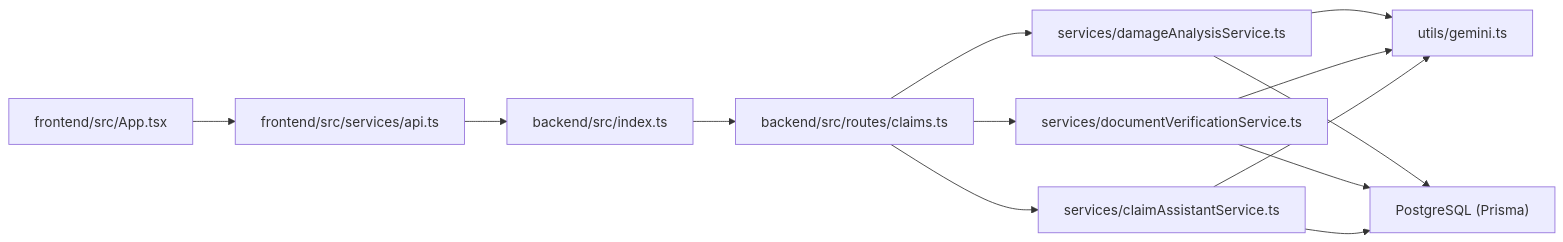
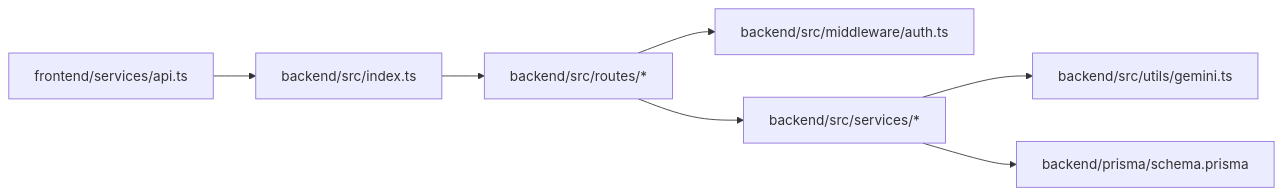
The sixth of 6 diagrams in .qoder/repowiki/en/content/Project Overview.md (NaveenHiranya/Smart-Vehicle-Insurance-Claim-System), drawn with Mermaid before and after one commit. The commit also changed other lines of this file and 183 other files, not shown here.

````diff
--- a/.qoder/repowiki/en/content/Project Overview.md
+++ b/.qoder/repowiki/en/content/Project Overview.md
@@ -287,15 +265,9 @@
 ```mermaid
 graph LR
-FE_App["frontend/src/App.tsx"] --> FE_API["frontend/src/services/api.ts"]
-FE_API --> BE_Index["backend/src/index.ts"]
-BE_Index --> BE_Claims["backend/src/routes/claims.ts"]
-BE_Claims --> SVC_Damage["services/damageAnalysisService.ts"]
-BE_Claims --> SVC_Doc["services/documentVerificationService.ts"]
-BE_Claims --> SVC_Assist["services/claimAssistantService.ts"]
-SVC_Damage --> Util_Gemini["utils/gemini.ts"]
-SVC_Doc --> Util_Gemini
-SVC_Assist --> Util_Gemini
-SVC_Damage --> DB["PostgreSQL (Prisma)"]
-SVC_Doc --> DB
-SVC_Assist --> DB
+FE_API["frontend/services/api.ts"] --> BE_INDEX["backend/src/index.ts"]
+BE_INDEX --> BE_ROUTES["backend/src/routes/*"]
+BE_ROUTES --> BE_AUTH["backend/src/middleware/auth.ts"]
+BE_ROUTES --> BE_SERVICES["backend/src/services/*"]
+BE_SERVICES --> GEMINI["backend/src/utils/gemini.ts"]
+BE_SERVICES --> PRISMA["backend/prisma/schema.prisma"]
 ```
````
